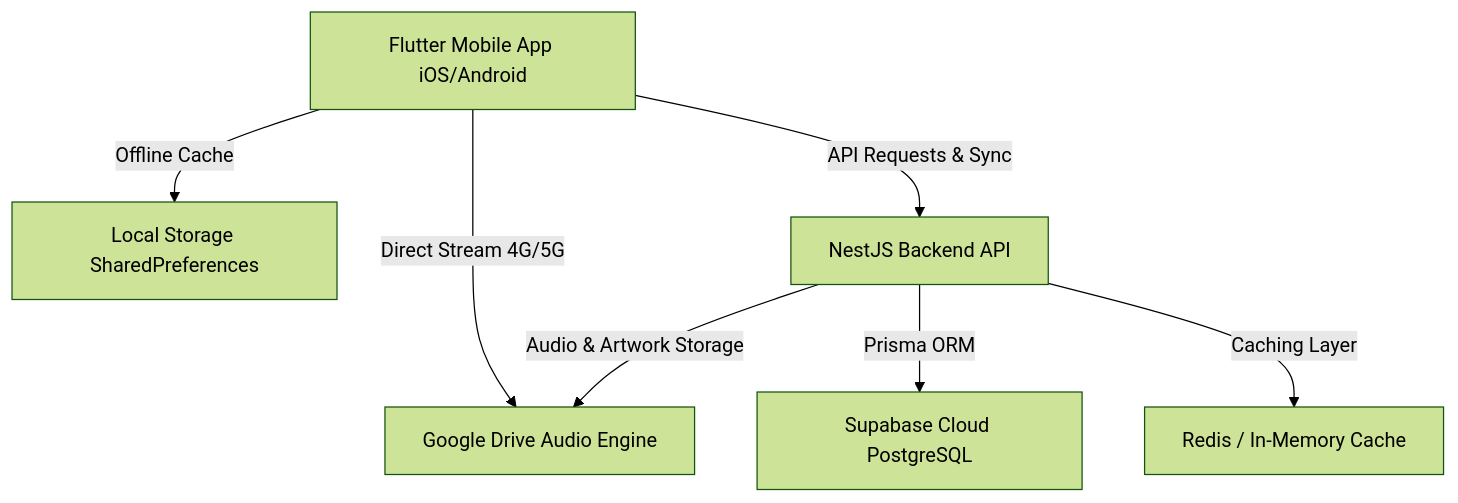
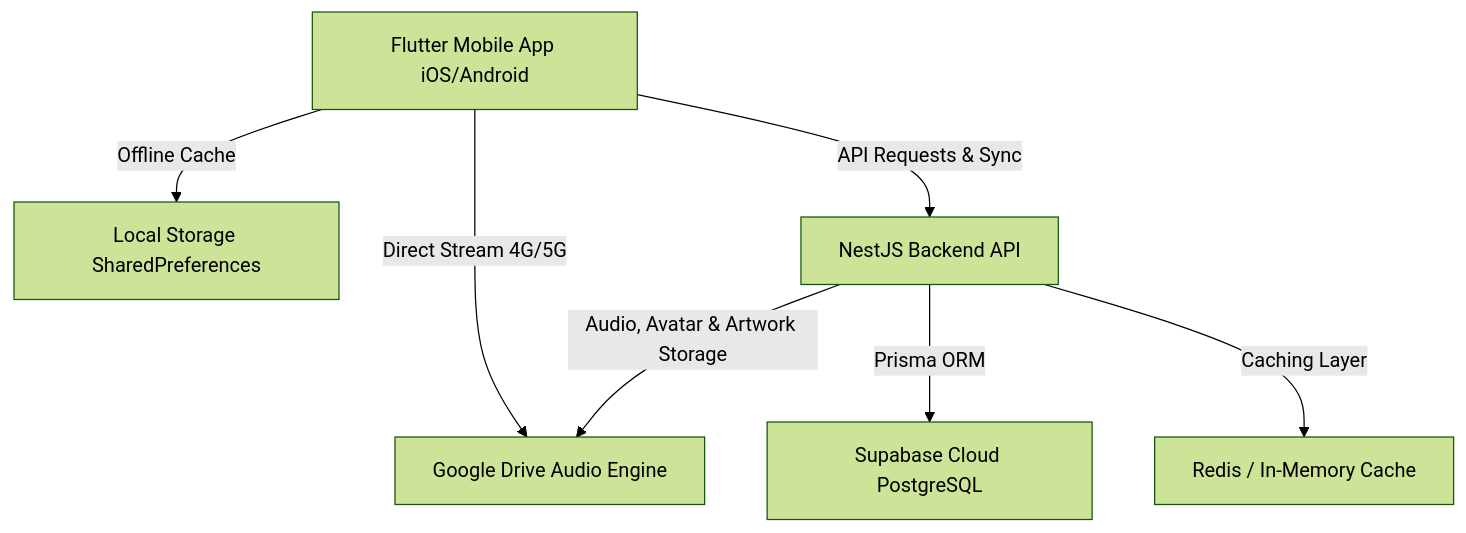
Before and after one commit to VelmaniM/Flutter-Muxiz: the diagram in README.md, drawn with Mermaid (forest theme). The commit also changed other lines of this file, not shown here.

````diff
--- a/README.md
+++ b/README.md
@@ -86,9 +98,9 @@
 ```mermaid
 graph TD
     A[Flutter Mobile App iOS/Android] -->|Direct Stream 4G/5G| B[Google Drive Audio Engine]
     A -->|Offline Cache| C[Local Storage SharedPreferences]
     A -->|API Requests & Sync| D[NestJS Backend API]
     D -->|Prisma ORM| E[Supabase Cloud PostgreSQL]
-    D -->|Audio & Artwork Storage| B
+    D -->|Audio, Avatar & Artwork Storage| B
     D -->|Caching Layer| F[Redis / In-Memory Cache]
 ```
````
